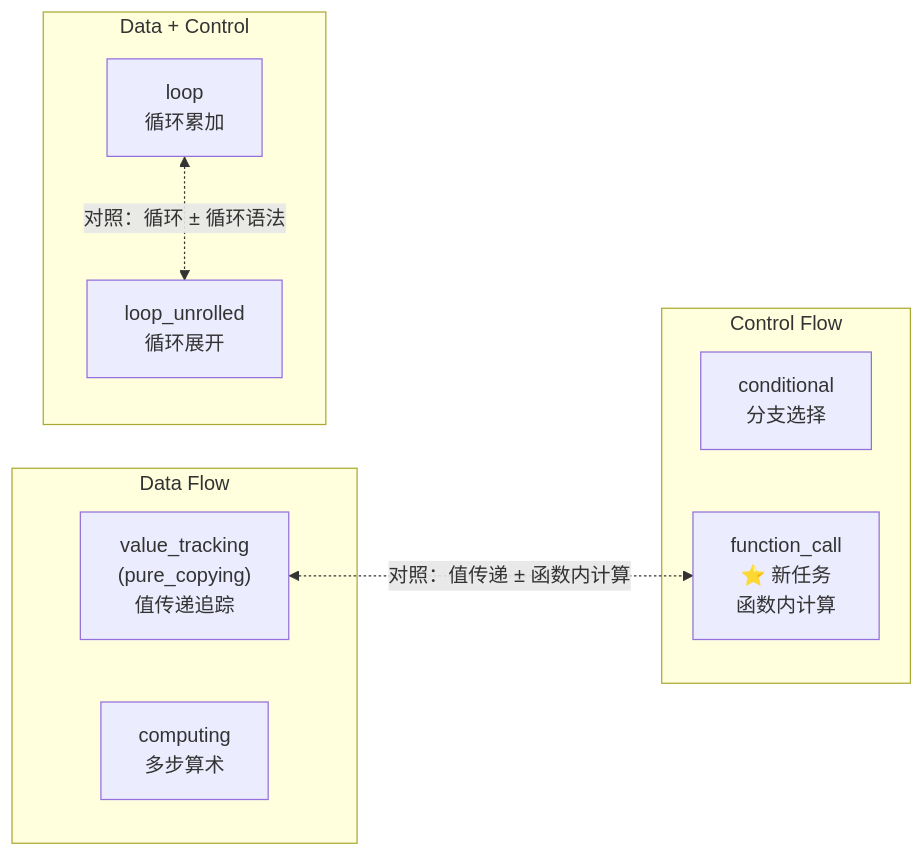
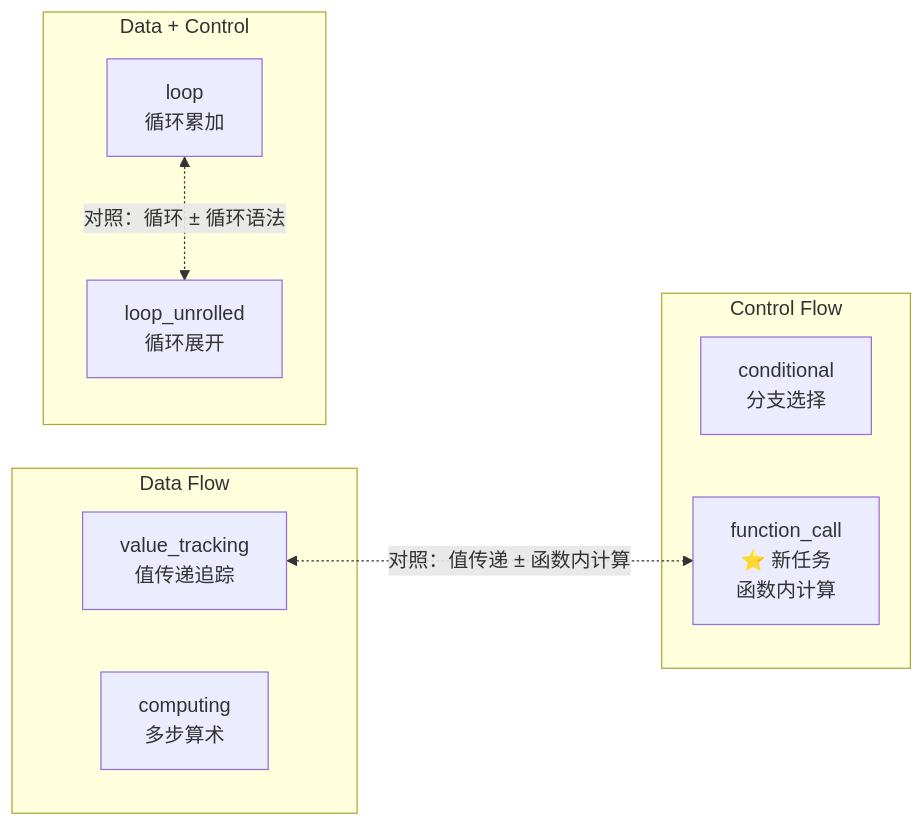
Before and after one commit to euyis1019/llm-brewing: the tenth of 10 diagrams in docs/project_overview.md, drawn with Mermaid. The commit also changed other lines of this file and 2 other files, not shown here.

````diff
--- a/docs/project_overview.md
+++ b/docs/project_overview.md
@@ -396,18 +403,18 @@
 ```mermaid
 graph LR
     subgraph "Data Flow"
-        VT["value_tracking<br/>(pure_copying)<br/>值传递追踪"]
+        VT["value_tracking<br/>值传递追踪"]
         CP["computing<br/>多步算术"]
     end
     subgraph "Control Flow"
         CD["conditional<br/>分支选择"]
         FC["function_call<br/>⭐ 新任务<br/>函数内计算"]
     end
     subgraph "Data + Control"
         LP_T["loop<br/>循环累加"]
         LU["loop_unrolled<br/>循环展开"]
     end
 
     VT <-.->|"对照：值传递 ± 函数内计算"| FC
     LP_T <-.->|"对照：循环 ± 循环语法"| LU
 ```
````
